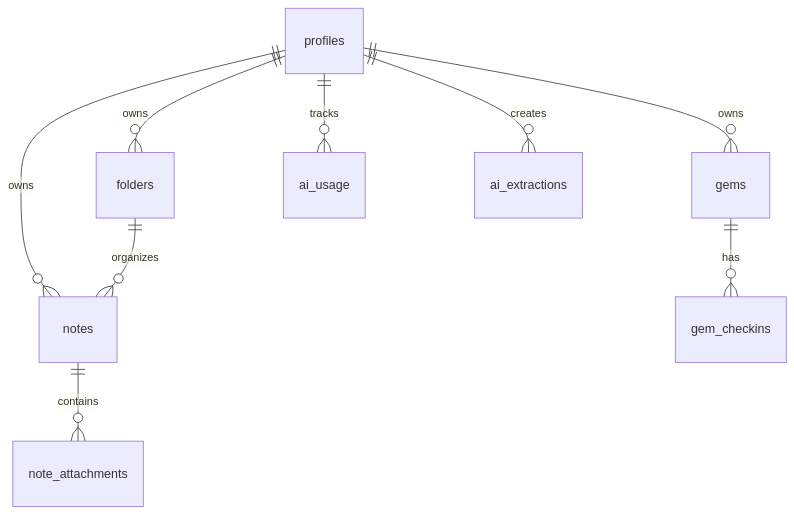
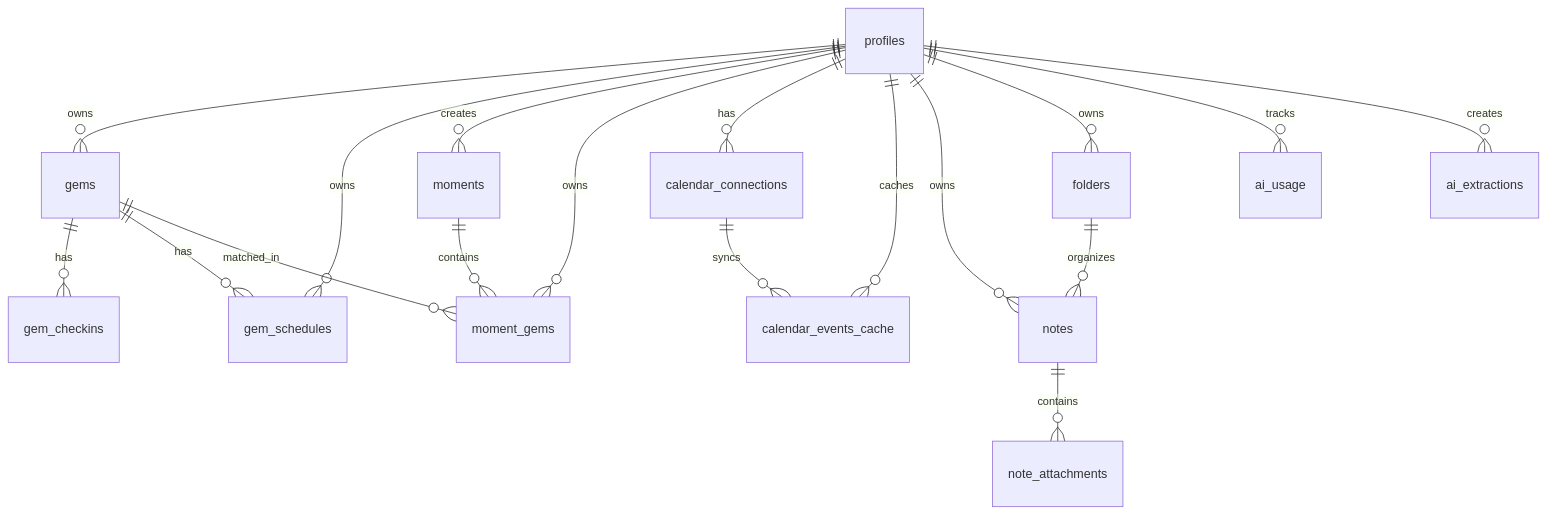
Before and after one commit to kayrunnings/gemkeeper: the first of 5 diagrams in ARCHITECTURE.md, drawn with Mermaid. The commit also changed other lines of this file, not shown here.

````diff
--- a/ARCHITECTURE.md
+++ b/ARCHITECTURE.md
@@ -254,11 +320,20 @@
 ```mermaid
 erDiagram
     profiles ||--o{ gems : "owns"
+    profiles ||--o{ gem_schedules : "owns"
+    profiles ||--o{ moments : "creates"
+    profiles ||--o{ moment_gems : "owns"
+    profiles ||--o{ calendar_connections : "has"
+    profiles ||--o{ calendar_events_cache : "caches"
     profiles ||--o{ notes : "owns"
     profiles ||--o{ folders : "owns"
     profiles ||--o{ ai_usage : "tracks"
     profiles ||--o{ ai_extractions : "creates"
     gems ||--o{ gem_checkins : "has"
+    gems ||--o{ gem_schedules : "has"
+    gems ||--o{ moment_gems : "matched_in"
+    moments ||--o{ moment_gems : "contains"
+    calendar_connections ||--o{ calendar_events_cache : "syncs"
     notes ||--o{ note_attachments : "contains"
     folders ||--o{ notes : "organizes"
 ```
````
